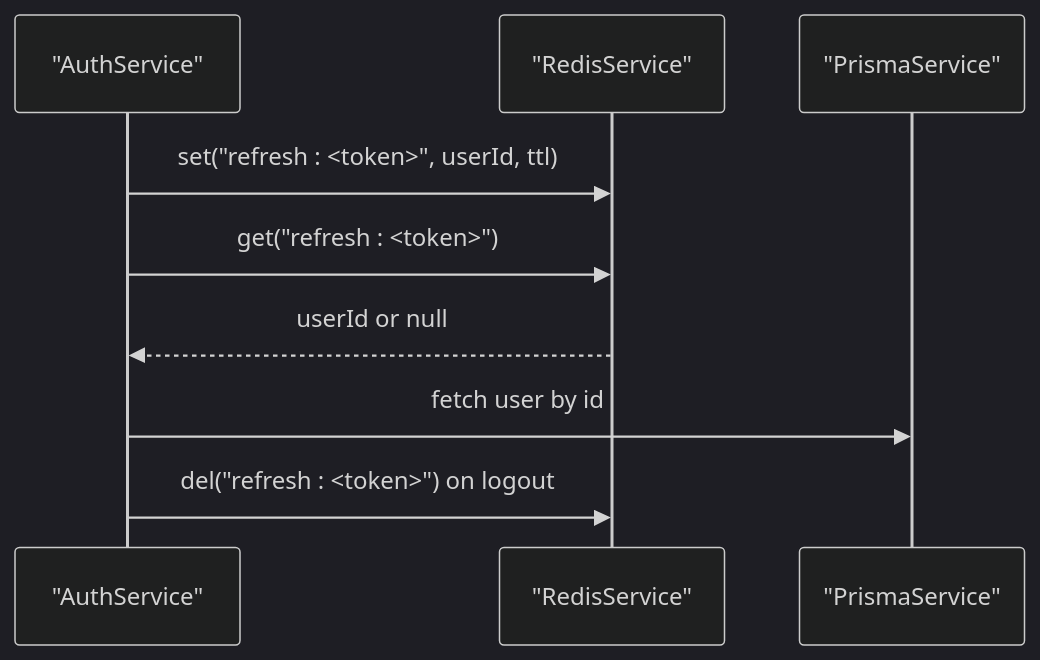
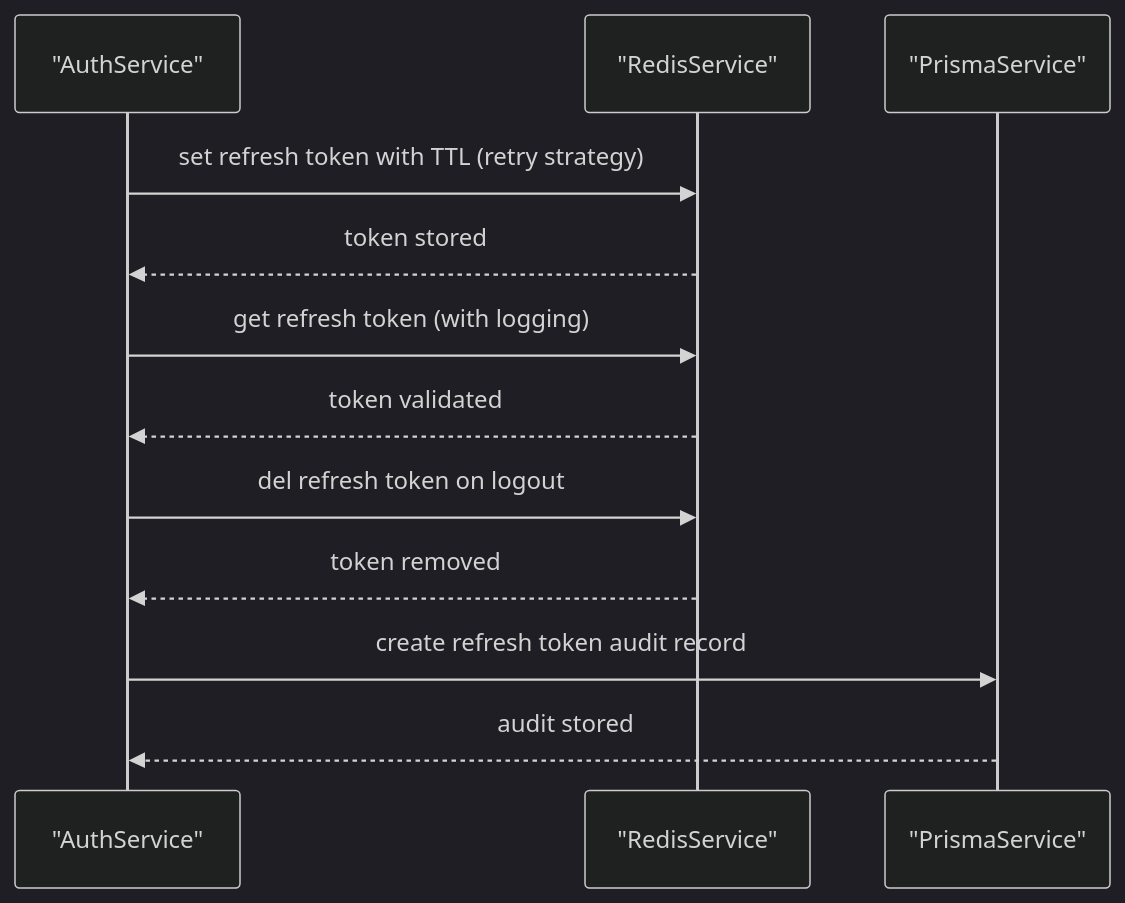
One commit to Avi-Bendetsky/Quiz-to-build changed the fifth of 6 diagrams in .qoder/repowiki/en/content/Shared Libraries/Redis Library.md. Above: the diagram before and after it, drawn with Mermaid (dark theme). The commit also changed other lines of this file and 41 other files, not shown here.

````diff
--- a/.qoder/repowiki/en/content/Shared Libraries/Redis Library.md
+++ b/.qoder/repowiki/en/content/Shared Libraries/Redis Library.md
@@ -192,11 +228,14 @@
 ```mermaid
 sequenceDiagram
 participant Auth as "AuthService"
 participant Redis as "RedisService"
-participant Prisma as "PrismaService"
-Auth->>Redis : set("refresh : <token>", userId, ttl)
-Auth->>Redis : get("refresh : <token>")
-Redis-->>Auth : userId or null
-Auth->>Prisma : fetch user by id
-Auth->>Redis : del("refresh : <token>") on logout
+participant DB as "PrismaService"
+Auth->>Redis : set refresh token with TTL (retry strategy)
+Redis-->>Auth : token stored
+Auth->>Redis : get refresh token (with logging)
+Redis-->>Auth : token validated
+Auth->>Redis : del refresh token on logout
+Redis-->>Auth : token removed
+Auth->>DB : create refresh token audit record
+DB-->>Auth : audit stored
 ```
````
